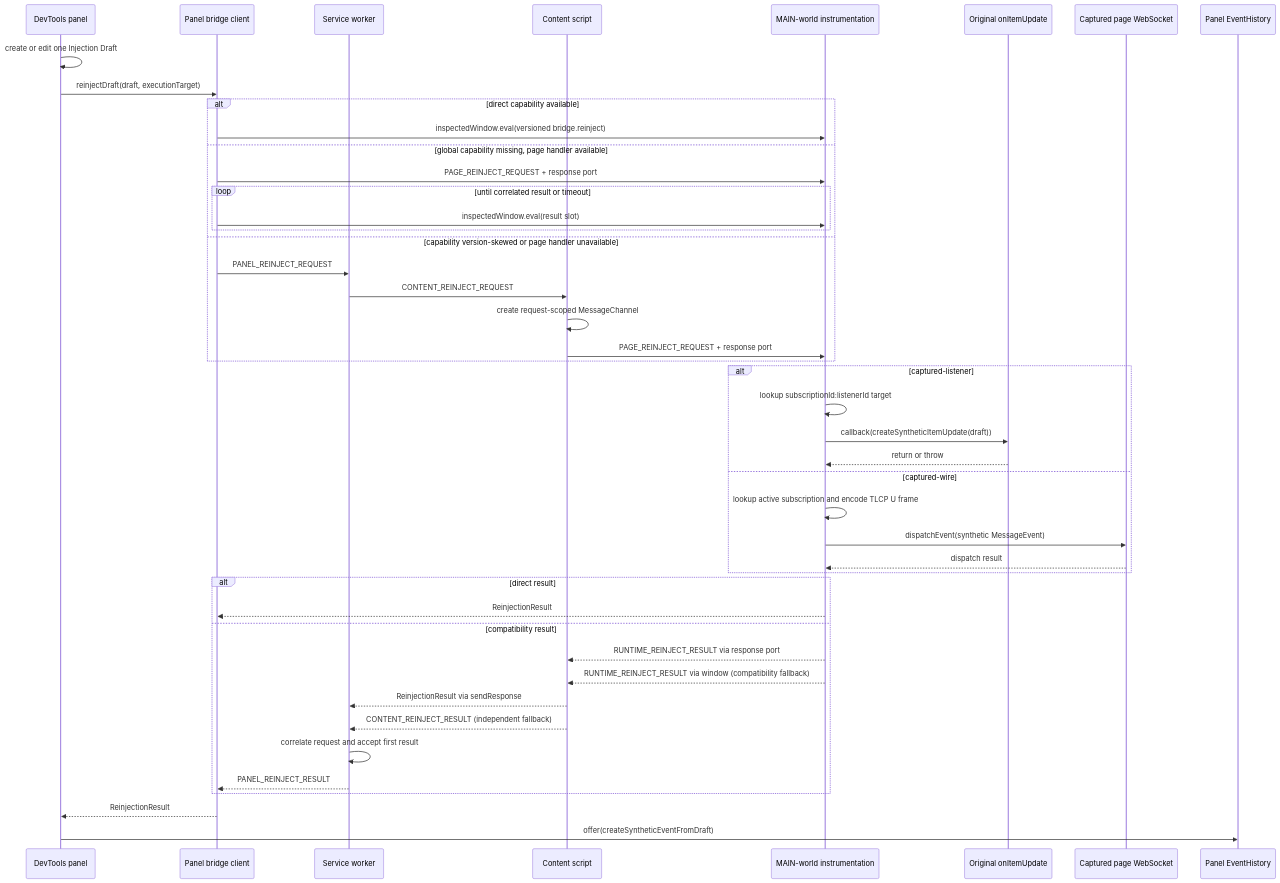
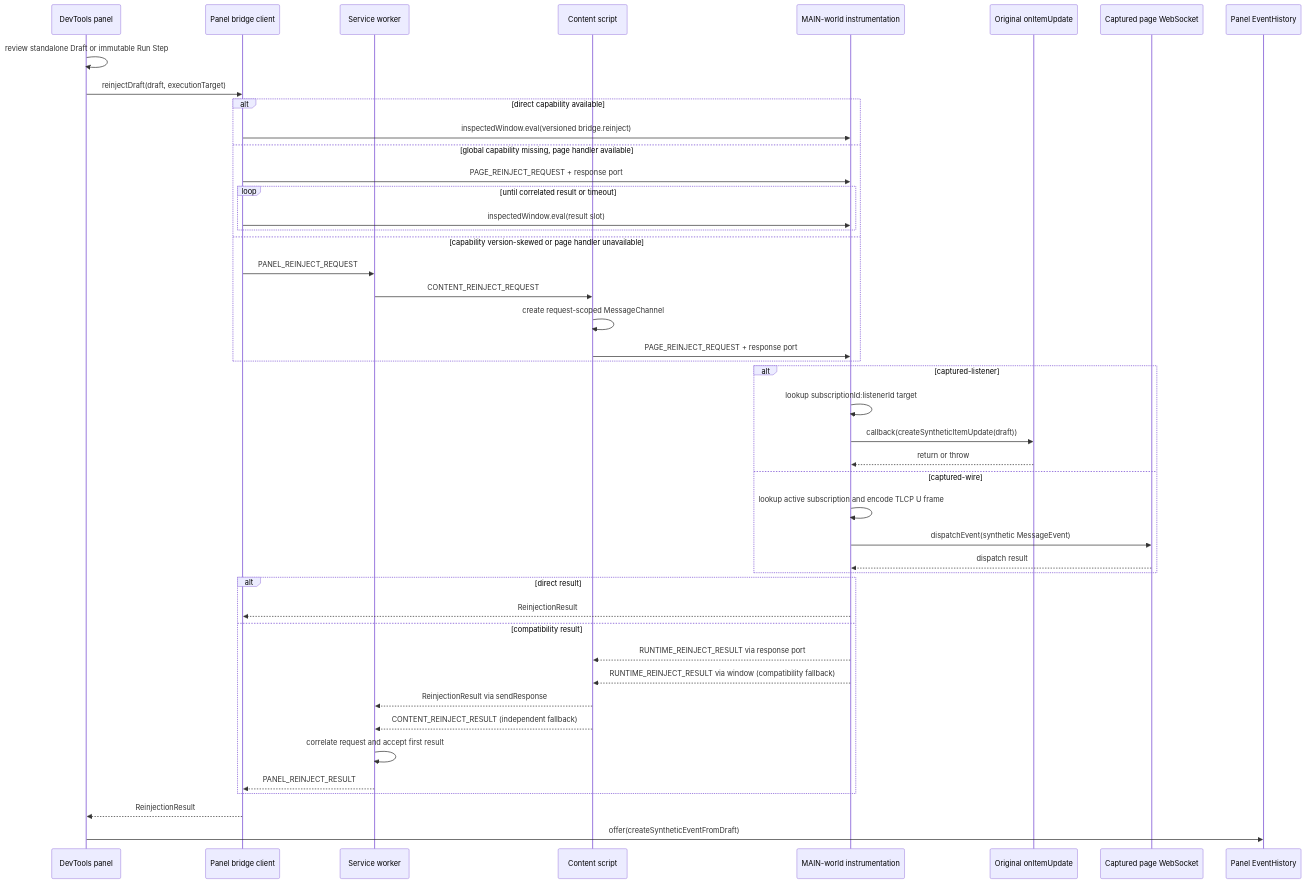
The seventh of 7 diagrams in docs/ARCHITECTURE.md (imom39a/lightstreamer-workbench-extension), drawn with Mermaid before and after one commit. The commit also changed other lines of this file and 10 other files, not shown here.

````diff
--- a/docs/ARCHITECTURE.md
+++ b/docs/ARCHITECTURE.md
@@ -714,48 +714,48 @@
 ```mermaid
 sequenceDiagram
   participant UI as DevTools panel
   participant PBC as Panel bridge client
   participant BG as Service worker
   participant CS as Content script
   participant Inj as MAIN-world instrumentation
   participant Listener as Original onItemUpdate
   participant WS as Captured page WebSocket
   participant History as Panel EventHistory
 
-  UI->>UI: create or edit one Injection Draft
+  UI->>UI: review standalone Draft or immutable Run Step
   UI->>PBC: reinjectDraft(draft, executionTarget)
   alt direct capability available
     PBC->>Inj: inspectedWindow.eval(versioned bridge.reinject)
   else global capability missing, page handler available
     PBC->>Inj: PAGE_REINJECT_REQUEST + response port
     loop until correlated result or timeout
       PBC->>Inj: inspectedWindow.eval(result slot)
     end
   else capability version-skewed or page handler unavailable
     PBC->>BG: PANEL_REINJECT_REQUEST
     BG->>CS: CONTENT_REINJECT_REQUEST
     CS->>CS: create request-scoped MessageChannel
     CS->>Inj: PAGE_REINJECT_REQUEST + response port
   end
   alt captured-listener
     Inj->>Inj: lookup subscriptionId:listenerId target
     Inj->>Listener: callback(createSyntheticItemUpdate(draft))
     Listener-->>Inj: return or throw
   else captured-wire
     Inj->>Inj: lookup active subscription and encode TLCP U frame
     Inj->>WS: dispatchEvent(synthetic MessageEvent)
     WS-->>Inj: dispatch result
   end
   alt direct result
     Inj-->>PBC: ReinjectionResult
   else compatibility result
     Inj-->>CS: RUNTIME_REINJECT_RESULT via response port
     Inj-->>CS: RUNTIME_REINJECT_RESULT via window (compatibility fallback)
     CS-->>BG: ReinjectionResult via sendResponse
     CS-->>BG: CONTENT_REINJECT_RESULT (independent fallback)
     BG->>BG: correlate request and accept first result
     BG-->>PBC: PANEL_REINJECT_RESULT
   end
   PBC-->>UI: ReinjectionResult
   UI->>History: offer(createSyntheticEventFromDraft)
 ```
````
